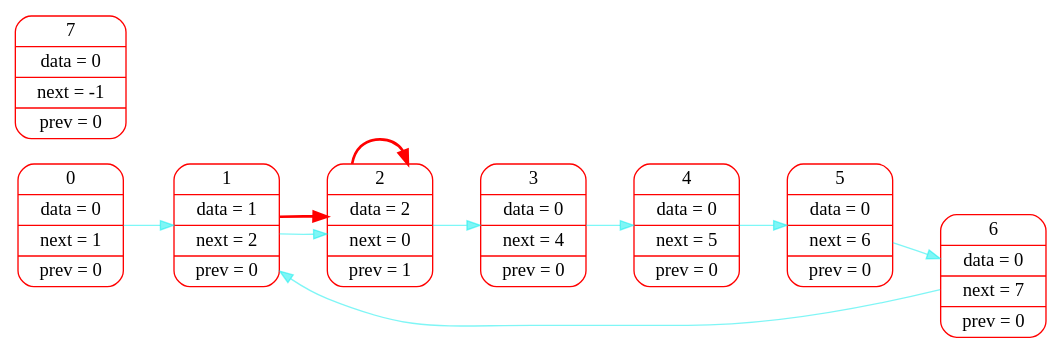
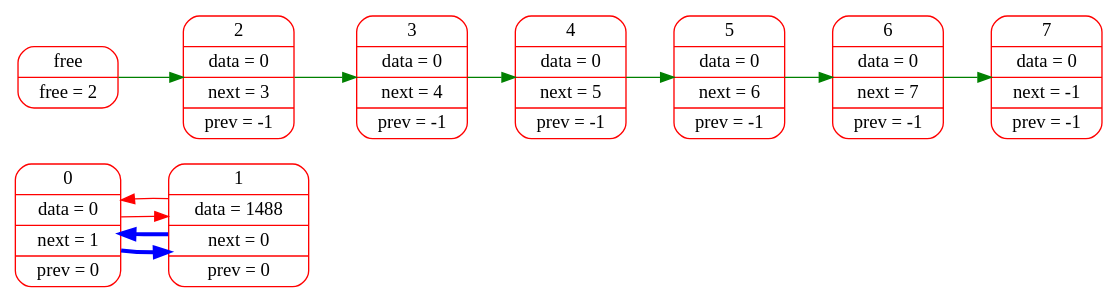
One commit to sevaphasol/list changed the diagram in logs/dot_files/001.dot. Above: the diagram before and after it, drawn with Graphviz. The commit also changed 17 other files, not shown here.

Commit message:
free graphic dump

```diff
--- a/logs/dot_files/001.dot
+++ b/logs/dot_files/001.dot
@@ -1,16 +1,18 @@
 digraph G{
 rankdir=LR;
 node[color="red",fontsize=14];
-edge[color="#00eeee80",fontsize=12, penwidth=1];
+edge[color="blue",fontsize=12, penwidth=3];
 elem0[shape="Mrecord", label="0 | data = 0 | next = 1 | prev = 0"];
-elem1[shape="Mrecord", label="1 | data = 1 | next = 2 | prev = 0"];
-elem2[shape="Mrecord", label="2 | data = 2 | next = 0 | prev = 1"];
-elem3[shape="Mrecord", label="3 | data = 0 | next = 4 | prev = 0"];
-elem4[shape="Mrecord", label="4 | data = 0 | next = 5 | prev = 0"];
-elem5[shape="Mrecord", label="5 | data = 0 | next = 6 | prev = 0"];
-elem6[shape="Mrecord", label="6 | data = 0 | next = 7 | prev = 0"];
-elem7[shape="Mrecord", label="7 | data = 0 | next = -1 | prev = 0"];
-elem0->elem1->elem2->elem3->elem4->elem5->elem6->elem1;
-edge[color="red",fontsize=12, penwidth=2];
-elem1->elem2->elem2;
+elem1[shape="Mrecord", label="1 | data = 1488 | next = 0 | prev = 0"];
+elem0->elem1->elem0;
+edge[color="red",fontsize=12, penwidth=1];
+elem0->elem1->elem0;edge[color="green",fontsize=12, penwidth=1];
+free[shape="Mrecord", label="free | free = 2"];
+elem2[shape="Mrecord", label="2 | data = 0 | next = 3 | prev = -1"];
+elem3[shape="Mrecord", label="3 | data = 0 | next = 4 | prev = -1"];
+elem4[shape="Mrecord", label="4 | data = 0 | next = 5 | prev = -1"];
+elem5[shape="Mrecord", label="5 | data = 0 | next = 6 | prev = -1"];
+elem6[shape="Mrecord", label="6 | data = 0 | next = 7 | prev = -1"];
+elem7[shape="Mrecord", label="7 | data = 0 | next = -1 | prev = -1"];
+free->elem2->elem3->elem4->elem5->elem6->elem7;
 }
```
